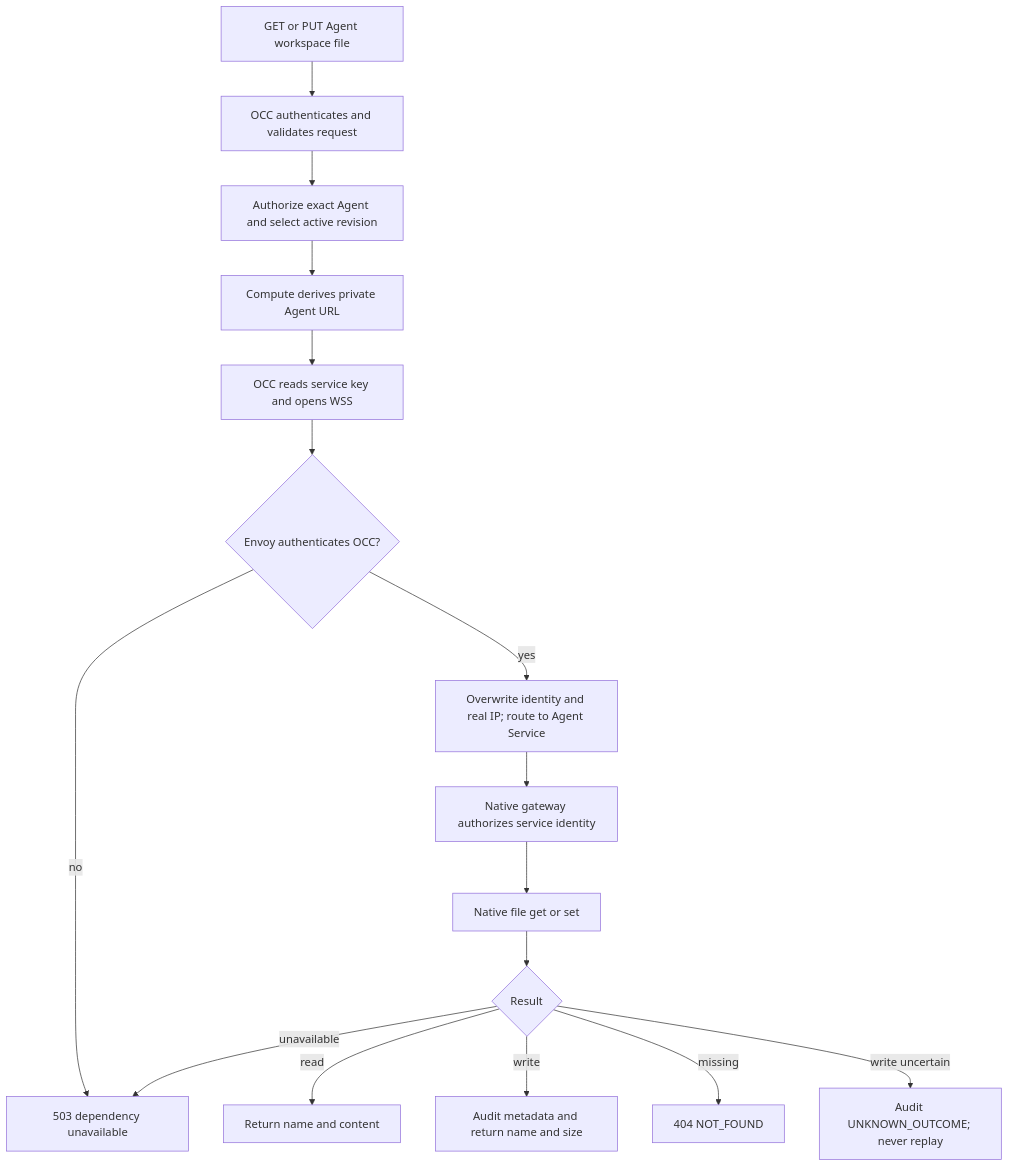
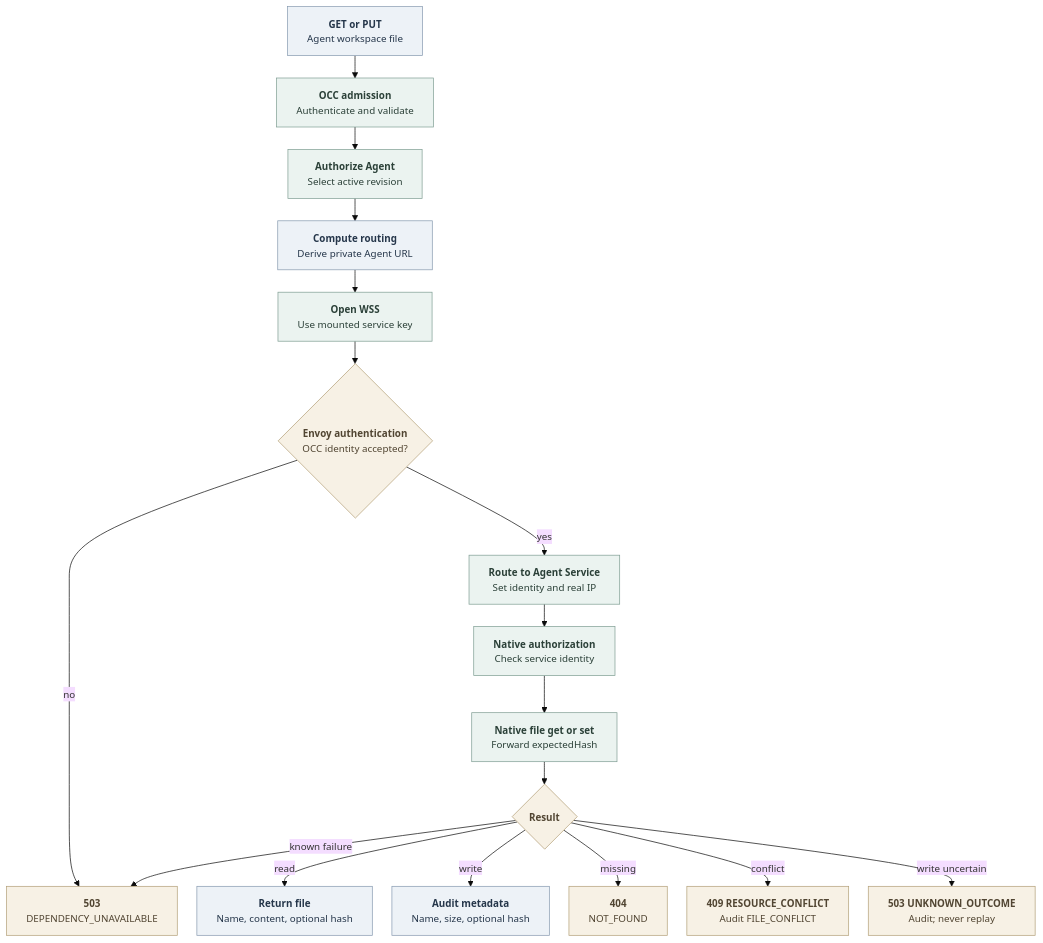
One commit to SebTardif/openclaw-enterprise changed the diagram in docs/flows/workspace-files.md. Above: the diagram before and after it, drawn with Mermaid. The commit also changed other lines of this file and 15 other files, not shown here.

````diff
--- a/docs/flows/workspace-files.md
+++ b/docs/flows/workspace-files.md
@@ -38,18 +38,37 @@
 ```mermaid
-graph TD
-  A["GET or PUT Agent workspace file"] --> B["OCC authenticates and validates request"]
-  B --> C["Authorize exact Agent and select active revision"]
-  C --> D["Compute derives private Agent URL"]
-  D --> E["OCC reads service key and opens WSS"]
-  E --> F{"Envoy authenticates OCC?"}
-  F -->|no| G["503 dependency unavailable"]
-  F -->|yes| H["Overwrite identity and real IP; route to Agent Service"]
-  H --> I["Native gateway authorizes service identity"]
-  I --> J["Native file get or set"]
-  J --> K{"Result"}
-  K -->|read| L["Return name and content"]
-  K -->|write| M["Audit metadata and return name and size"]
-  K -->|missing| N["404 NOT_FOUND"]
-  K -->|unavailable| G
-  K -->|write uncertain| O["Audit UNKNOWN_OUTCOME; never replay"]
+---
+config:
+  theme: base
+  htmlLabels: true
+  themeVariables:
+    fontSize: 14px
+  flowchart:
+    nodeSpacing: 28
+    rankSpacing: 32
+    padding: 14
+---
+flowchart TB
+  A["<b>GET or PUT</b><br/>Agent workspace file"] --> B["<b>OCC admission</b><br/>Authenticate and validate"]
+  B --> C["<b>Authorize Agent</b><br/>Select active revision"]
+  C --> D["<b>Compute routing</b><br/>Derive private Agent URL"]
+  D --> E["<b>Open WSS</b><br/>Use mounted service key"]
+  E --> F{"<b>Envoy authentication</b><br/>OCC identity accepted?"}
+  F -->|no| G["<b>503</b><br/>DEPENDENCY_UNAVAILABLE"]
+  F -->|yes| H["<b>Route to Agent Service</b><br/>Set identity and real IP"]
+  H --> I["<b>Native authorization</b><br/>Check service identity"]
+  I --> J["<b>Native file get or set</b><br/>Forward expectedHash"]
+  J --> K{"<b>Result</b>"}
+  K -->|read| L["<b>Return file</b><br/>Name, content, optional hash"]
+  K -->|write| M["<b>Audit metadata</b><br/>Name, size, optional hash"]
+  K -->|missing| N["<b>404</b><br/>NOT_FOUND"]
+  K -->|conflict| P["<b>409 RESOURCE_CONFLICT</b><br/>Audit FILE_CONFLICT"]
+  K -->|known failure| G
+  K -->|write uncertain| O["<b>503 UNKNOWN_OUTCOME</b><br/>Audit; never replay"]
+
+  classDef api fill:#EDF2F7,stroke:#879AB0,color:#25364A,stroke-width:1px
+  classDef operation fill:#EBF3F0,stroke:#7F9D93,color:#2B4038,stroke-width:1px
+  classDef gate fill:#F7F1E5,stroke:#B3A078,color:#514532,stroke-width:1px
+  class A,D,L,M api
+  class B,C,E,H,I,J operation
+  class F,G,K,N,O,P gate
 ```
````
